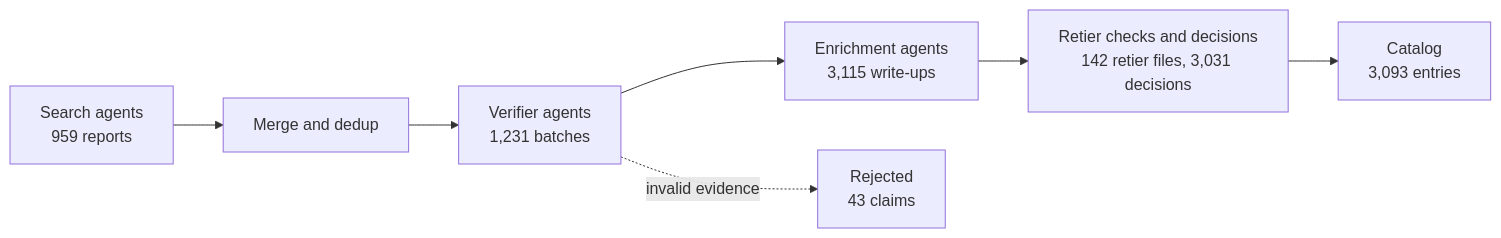
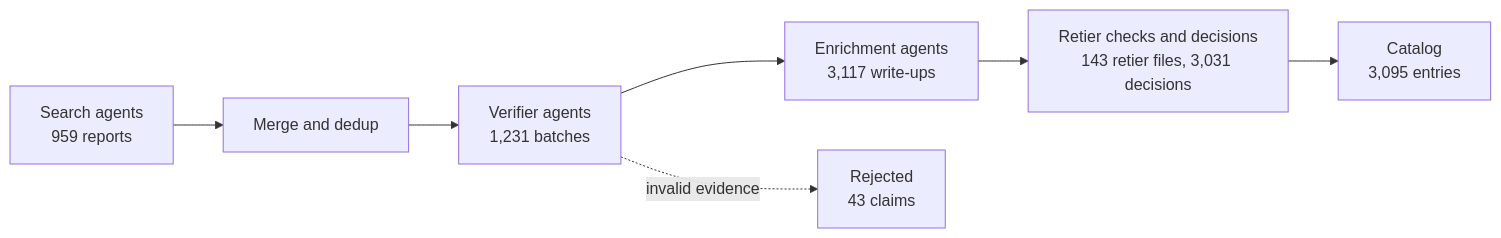
Before and after one commit to harrisjib216/fastplusplus: the diagram in README.md, drawn with Mermaid. The commit also changed other lines of this file and 16 other files, not shown here.

````diff
--- a/README.md
+++ b/README.md
@@ -116,9 +116,9 @@
 ```mermaid
 flowchart LR
   S["Search agents<br/>959 reports"] --> M["Merge and dedup"]
   M --> V["Verifier agents<br/>1,231 batches"]
-  V --> E["Enrichment agents<br/>3,115 write-ups"]
-  E --> R["Retier checks and decisions<br/>142 retier files, 3,031 decisions"]
-  R --> C["Catalog<br/>3,093 entries"]
+  V --> E["Enrichment agents<br/>3,117 write-ups"]
+  E --> R["Retier checks and decisions<br/>143 retier files, 3,031 decisions"]
+  R --> C["Catalog<br/>3,095 entries"]
   V -. invalid evidence .-> X["Rejected<br/>43 claims"]
 ```
````
